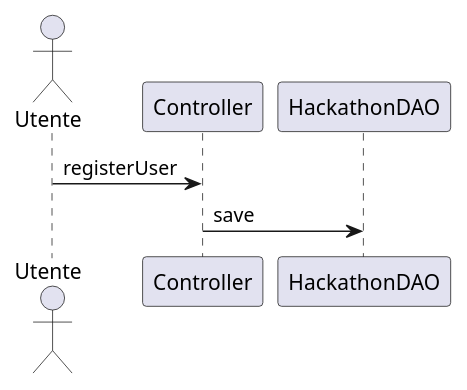
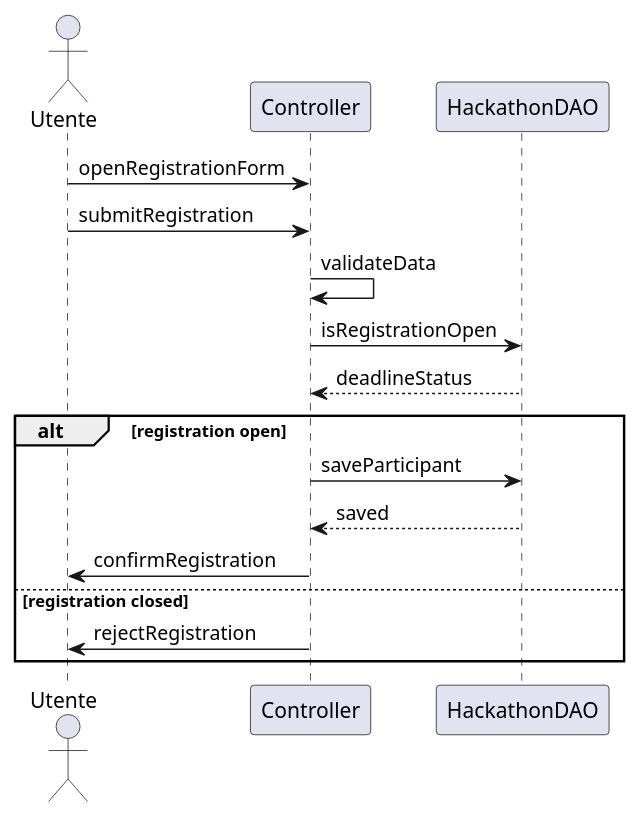
One commit to alessandroilprogrammatore/mio-progetto changed the diagram in docs/sequence/registration.puml. Above: the diagram before and after it, drawn with PlantUML. The commit also changed 1 other file, not shown here.

Commit message:
Expand registration and final voting diagrams

```diff
--- a/docs/sequence/registration.puml
+++ b/docs/sequence/registration.puml
@@ -1,5 +1,18 @@
 @startuml
 actor Utente
-Utente -> Controller: registerUser
-Controller -> HackathonDAO: save
+participant Controller
+participant HackathonDAO
+
+Utente -> Controller: openRegistrationForm
+Utente -> Controller: submitRegistration
+Controller -> Controller: validateData
+Controller -> HackathonDAO: isRegistrationOpen
+HackathonDAO --> Controller: deadlineStatus
+alt registration open
+    Controller -> HackathonDAO: saveParticipant
+    HackathonDAO --> Controller: saved
+    Controller -> Utente: confirmRegistration
+else registration closed
+    Controller -> Utente: rejectRegistration
+end
 @enduml
```
